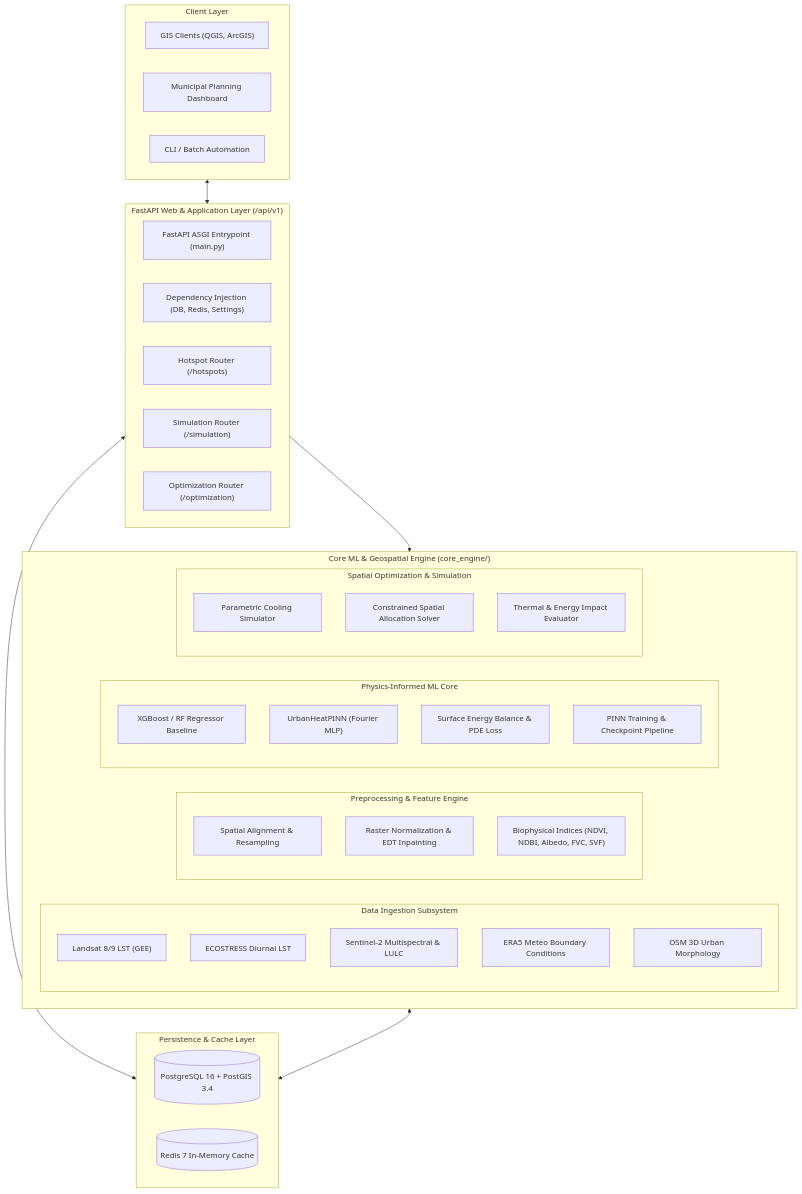
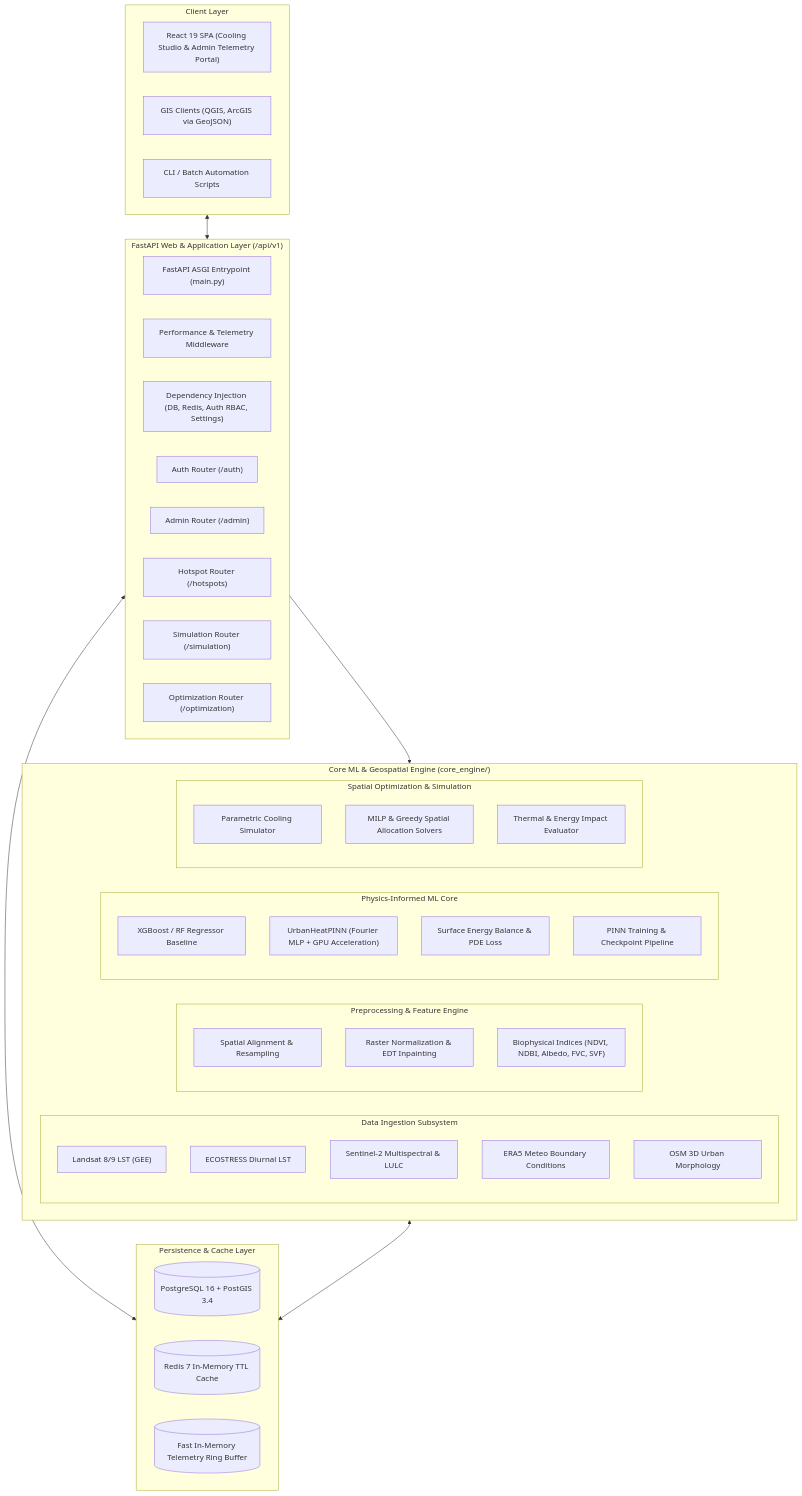
One commit to Gesicht436/AeroCool-AI changed the first of 7 diagrams in ARCHITECTURE.md. Above: the diagram before and after it, drawn with Mermaid. The commit also changed other lines of this file and 48 other files, not shown here.

Commit message:
feat(auth,admin,core): add RBAC auth, telemetry dashboard, and enforce strict error mode

````diff
--- a/ARCHITECTURE.md
+++ b/ARCHITECTURE.md
@@ -13,55 +13,59 @@
 ```mermaid
 graph TB
     subgraph Clients ["Client Layer"]
-        GIS["GIS Clients (QGIS, ArcGIS)"]
-        DASH["Municipal Planning Dashboard"]
-        CLI["CLI / Batch Automation"]
+        REACT["React 19 SPA (Cooling Studio & Admin Telemetry Portal)"]
+        GIS["GIS Clients (QGIS, ArcGIS via GeoJSON)"]
+        CLI["CLI / Batch Automation Scripts"]
     end
 
     subgraph API ["FastAPI Web & Application Layer (/api/v1)"]
         MAIN["FastAPI ASGI Entrypoint (main.py)"]
-        DEP["Dependency Injection (DB, Redis, Settings)"]
+        MW["Performance & Telemetry Middleware"]
+        DEP["Dependency Injection (DB, Redis, Auth RBAC, Settings)"]
+        R_AUTH["Auth Router (/auth)"]
+        R_ADMIN["Admin Router (/admin)"]
         R_HOT["Hotspot Router (/hotspots)"]
         R_SIM["Simulation Router (/simulation)"]
         R_OPT["Optimization Router (/optimization)"]
     end
 
     subgraph CoreEngine ["Core ML & Geospatial Engine (core_engine/)"]
         subgraph Ingestion ["Data Ingestion Subsystem"]
             COL_L8["Landsat 8/9 LST (GEE)"]
             COL_ECO["ECOSTRESS Diurnal LST"]
             COL_S2["Sentinel-2 Multispectral & LULC"]
             COL_ERA5["ERA5 Meteo Boundary Conditions"]
             COL_OSM["OSM 3D Urban Morphology"]
         end
 
         subgraph Preproc ["Preprocessing & Feature Engine"]
             ALIGN["Spatial Alignment & Resampling"]
             NORM["Raster Normalization & EDT Inpainting"]
             FEAT["Biophysical Indices (NDVI, NDBI, Albedo, FVC, SVF)"]
         end
 
         subgraph Models ["Physics-Informed ML Core"]
             BASE["XGBoost / RF Regressor Baseline"]
-            PINN["UrbanHeatPINN (Fourier MLP)"]
+            PINN["UrbanHeatPINN (Fourier MLP + GPU Acceleration)"]
             LOSS["Surface Energy Balance & PDE Loss"]
             TRAIN["PINN Training & Checkpoint Pipeline"]
         end
 
         subgraph Optimization ["Spatial Optimization & Simulation"]
             SIM["Parametric Cooling Simulator"]
-            ALLOC["Constrained Spatial Allocation Solver"]
+            ALLOC["MILP & Greedy Spatial Allocation Solvers"]
             IMPACT["Thermal & Energy Impact Evaluator"]
         end
     end
 
     subgraph Persistence ["Persistence & Cache Layer"]
         PG[(PostgreSQL 16 + PostGIS 3.4)]
-        REDIS[(Redis 7 In-Memory Cache)]
+        REDIS[(Redis 7 In-Memory TTL Cache)]
+        RING[(Fast In-Memory Telemetry Ring Buffer)]
     end
 
     Clients <--> API
     API --> CoreEngine
     API <--> Persistence
     CoreEngine <--> Persistence
 ```
````
